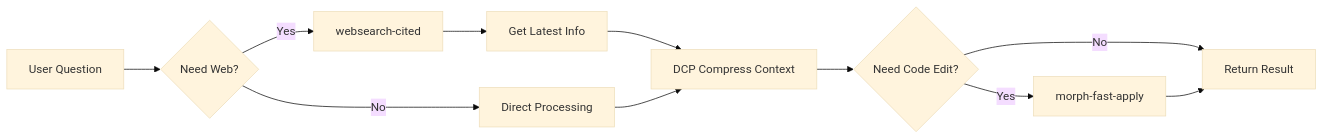
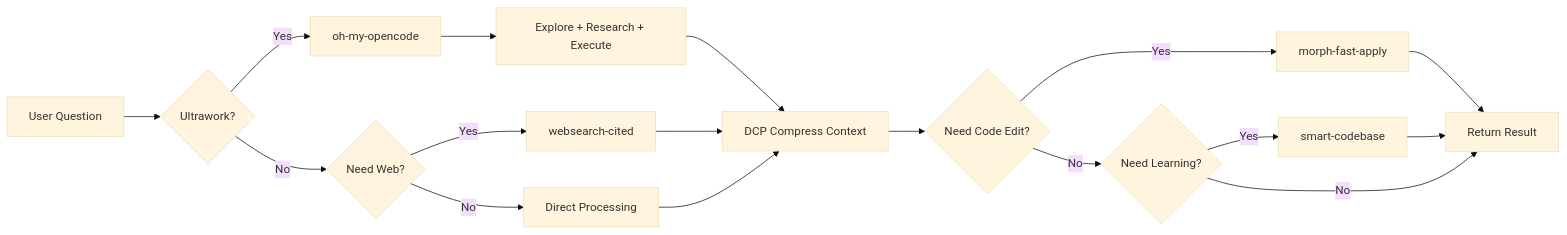
One commit to Halcyon666/summary changed the fifth of 5 diagrams in i18n/en/docusaurus-plugin-content-docs/current/ai-bigdata/AI/opencode-plugins.mdx. Above: the diagram before and after it, drawn with Mermaid (base theme). The commit also changed other lines of this file and 1 other file, not shown here.

First line of the commit message:
docs: update opencode-plugins - add smart-codebase and openai-codex-auth

````diff
--- a/i18n/en/docusaurus-plugin-content-docs/current/ai-bigdata/AI/opencode-plugins.mdx
+++ b/i18n/en/docusaurus-plugin-content-docs/current/ai-bigdata/AI/opencode-plugins.mdx
@@ -319,13 +439,19 @@
 ```mermaid
 graph LR
-    A[User Question] --> B{Need Web?}
-    B -->|Yes| C[websearch-cited]
-    B -->|No| D[Direct Processing]
-    C --> E[Get Latest Info]
-    E --> F[DCP Compress Context]
-    D --> F
-    F --> G{Need Code Edit?}
-    G -->|Yes| H[morph-fast-apply]
-    G -->|No| I[Return Result]
-    H --> I
+    A[User Question] --> B{Ultrawork?}
+    B -->|Yes| C[oh-my-opencode]
+    B -->|No| D{Need Web?}
+    C --> E[Explore + Research + Execute]
+    D -->|Yes| F[websearch-cited]
+    D -->|No| G[Direct Processing]
+    F --> H[DCP Compress Context]
+    E --> H
+    G --> H
+    H --> I{Need Code Edit?}
+    I -->|Yes| J[morph-fast-apply]
+    I -->|No| K{Need Learning?}
+    J --> L[Return Result]
+    K -->|Yes| M[smart-codebase]
+    K -->|No| L
+    M --> L
 ```
````
